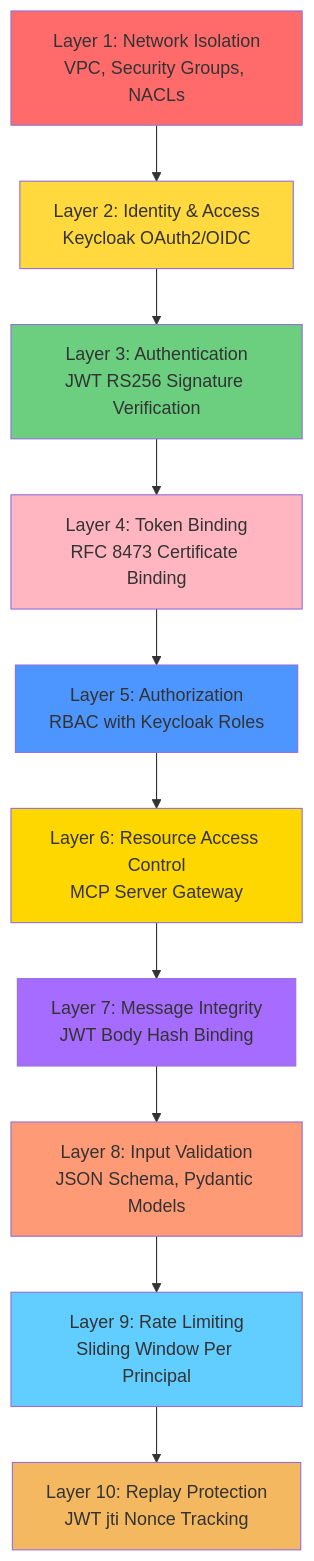
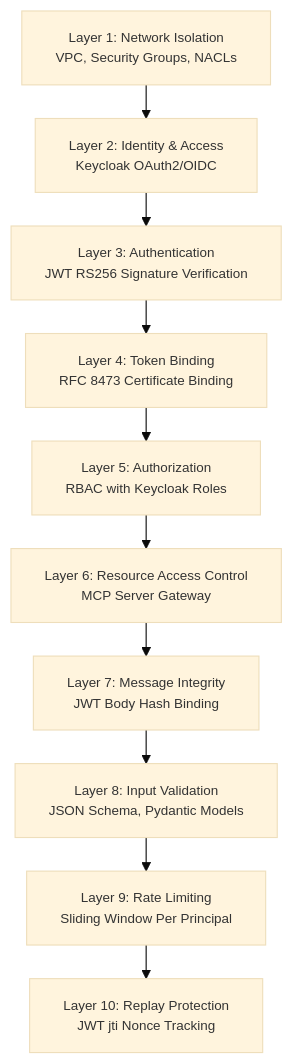
One commit to jaafar-benabderrazak/ca_a2a changed the third of 10 diagrams in CA_A2A_COMPLETE_SECURITY_DOCUMENTATION.md. Above: the diagram before and after it, drawn with Mermaid. The commit also changed other lines of this file, not shown here.

First line of the commit message:
Improve security documentation readability and ops coverage

````diff
--- a/CA_A2A_COMPLETE_SECURITY_DOCUMENTATION.md
+++ b/CA_A2A_COMPLETE_SECURITY_DOCUMENTATION.md
@@ -252,26 +264,18 @@
 ```mermaid
+%%{init: {"theme":"base","themeVariables":{"fontSize":"12px"},"flowchart":{"nodeSpacing":25,"rankSpacing":30}}}%%
 graph TB
     L1["Layer 1: Network Isolation<br/>VPC, Security Groups, NACLs"]
     L2["Layer 2: Identity & Access<br/>Keycloak OAuth2/OIDC"]
     L3["Layer 3: Authentication<br/>JWT RS256 Signature Verification"]
     L4["Layer 4: Token Binding<br/>RFC 8473 Certificate Binding"]
     L5["Layer 5: Authorization<br/>RBAC with Keycloak Roles"]
     L6["Layer 6: Resource Access Control<br/>MCP Server Gateway"]
     L7["Layer 7: Message Integrity<br/>JWT Body Hash Binding"]
     L8["Layer 8: Input Validation<br/>JSON Schema, Pydantic Models"]
     L9["Layer 9: Rate Limiting<br/>Sliding Window Per Principal"]
     L10["Layer 10: Replay Protection<br/>JWT jti Nonce Tracking"]
     
     L1 --> L2 --> L3 --> L4 --> L5 --> L6 --> L7 --> L8 --> L9 --> L10
     
-    style L1 fill:#ff6b6b
-    style L2 fill:#ffd93d
-    style L3 fill:#6bcf7f
-    style L4 fill:#FFB6C1
-    style L5 fill:#4d96ff
-    style L6 fill:#ffd700
-    style L7 fill:#a66cff
-    style L8 fill:#ff9a76
-    style L9 fill:#62cdff
-    style L10 fill:#f4b860
+    %% Styling intentionally removed for readability (no color blocks).
 ```
````
